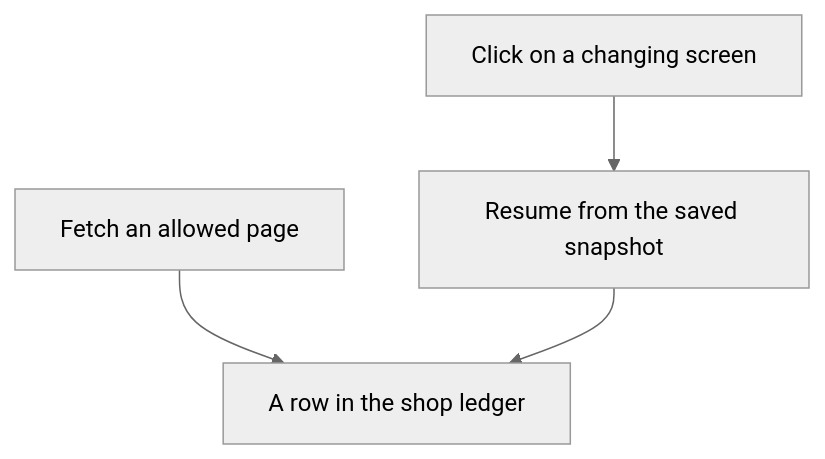
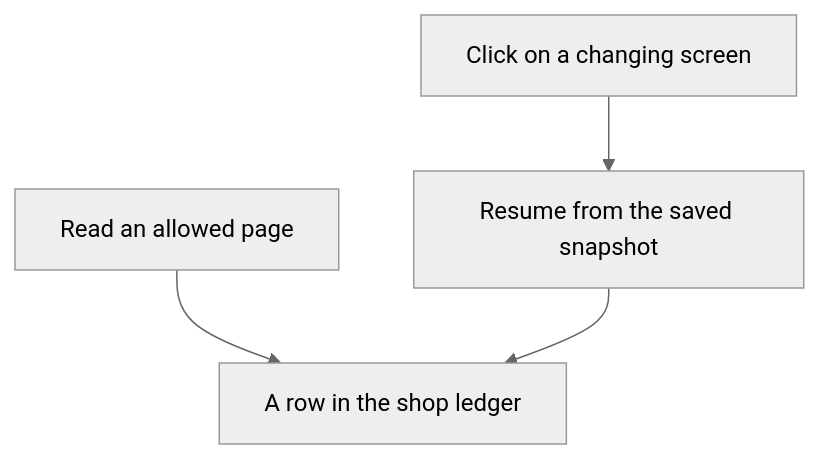
One commit to junlinghu/book-agents changed the second of 2 diagrams in chapters/ch27-open-problems/README.md. Above: the diagram before and after it, drawn with Mermaid (neutral theme). The commit also changed other lines of this file and 2 other files, not shown here.

````diff
--- a/chapters/ch27-open-problems/README.md
+++ b/chapters/ch27-open-problems/README.md
@@ -162,10 +184,10 @@
 ```mermaid
 flowchart TD
-  fetchNode["Fetch an allowed page"]
+  fetchNode["Read an allowed page"]
   screenNode["Click on a changing screen"]
   ledgerNode["A row in the shop ledger"]
   resumeNode["Resume from the saved snapshot"]
   fetchNode --> ledgerNode
   screenNode --> resumeNode
   resumeNode --> ledgerNode
 ```
````
